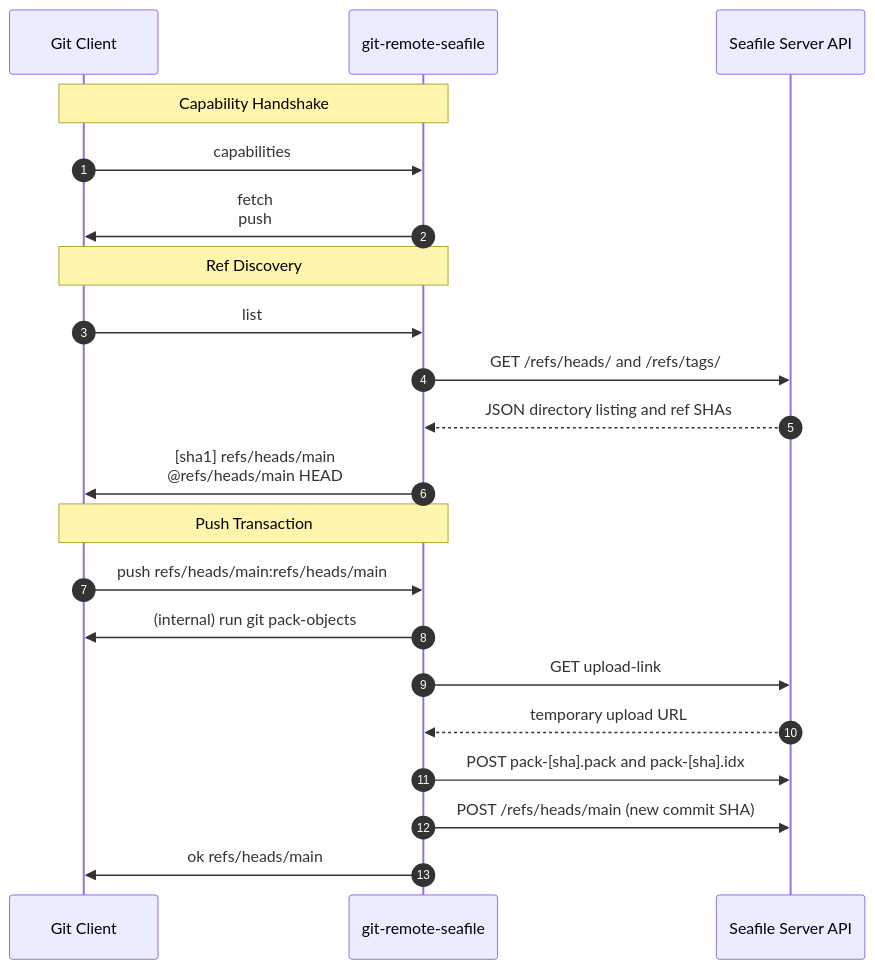
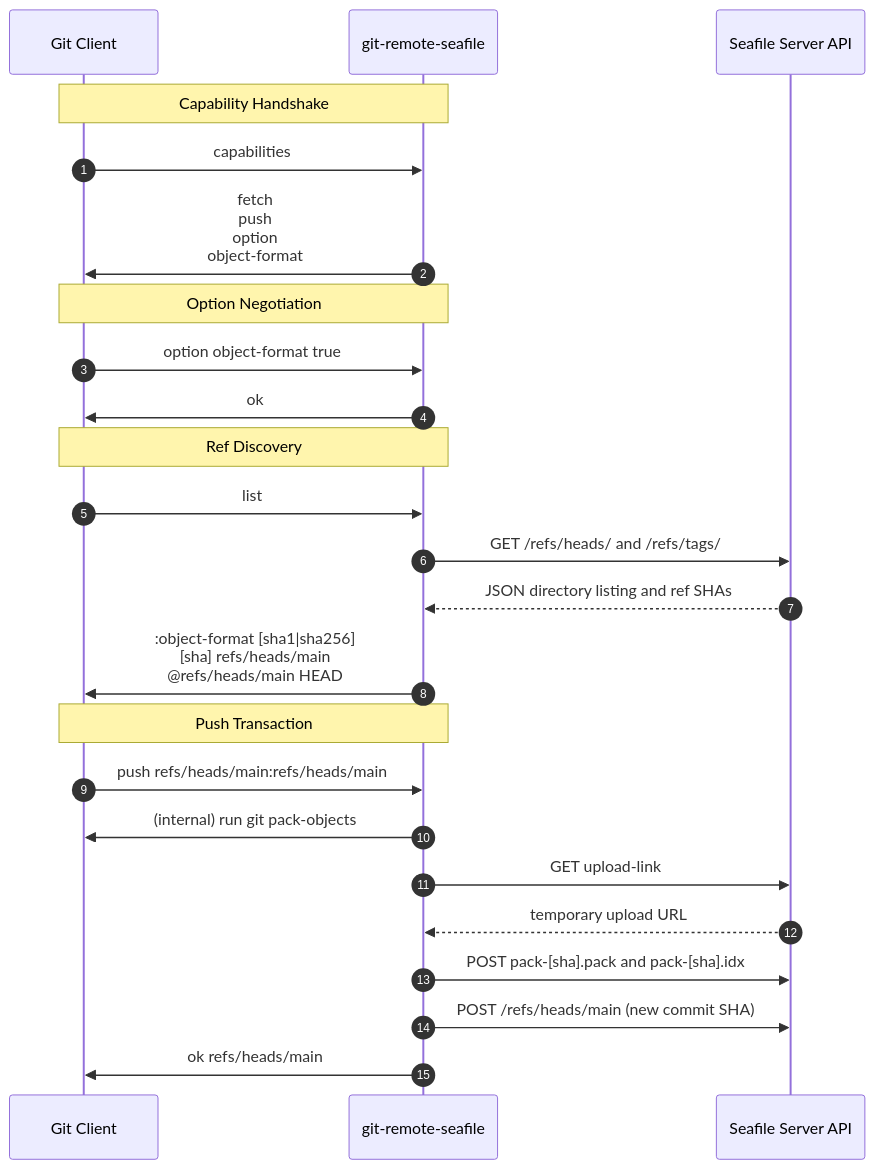
The diagram in DESIGN.md (tkittich/git-remote-seafile), drawn with Mermaid before and after one commit. The commit also changed other lines of this file and 24 other files, not shown here.

Commit message:
release: v0.6.1 - object-format negotiation, fail-closed remote gc, and protocol hardening

````diff
--- a/DESIGN.md
+++ b/DESIGN.md
@@ -106,26 +106,30 @@
 ```mermaid
 sequenceDiagram
     autonumber
     participant Git as Git Client
     participant Helper as git-remote-seafile
     participant API as Seafile Server API
 
     Note over Git,Helper: Capability Handshake
     Git->>Helper: capabilities
-    Helper->>Git: fetch<br/>push
+    Helper->>Git: fetch<br/>push<br/>option<br/>object-format
+
+    Note over Git,Helper: Option Negotiation
+    Git->>Helper: option object-format true
+    Helper->>Git: ok
 
     Note over Git,Helper: Ref Discovery
     Git->>Helper: list
     Helper->>API: GET /refs/heads/ and /refs/tags/
     API-->>Helper: JSON directory listing and ref SHAs
-    Helper->>Git: [sha1] refs/heads/main<br/>@refs/heads/main HEAD
+    Helper->>Git: :object-format [sha1|sha256]<br/>[sha] refs/heads/main<br/>@refs/heads/main HEAD
 
     Note over Git,Helper: Push Transaction
     Git->>Helper: push refs/heads/main:refs/heads/main
     Helper->>Git: (internal) run git pack-objects
     Helper->>API: GET upload-link
     API-->>Helper: temporary upload URL
     Helper->>API: POST pack-[sha].pack and pack-[sha].idx
     Helper->>API: POST /refs/heads/main (new commit SHA)
     Helper->>Git: ok refs/heads/main
 ```
````
